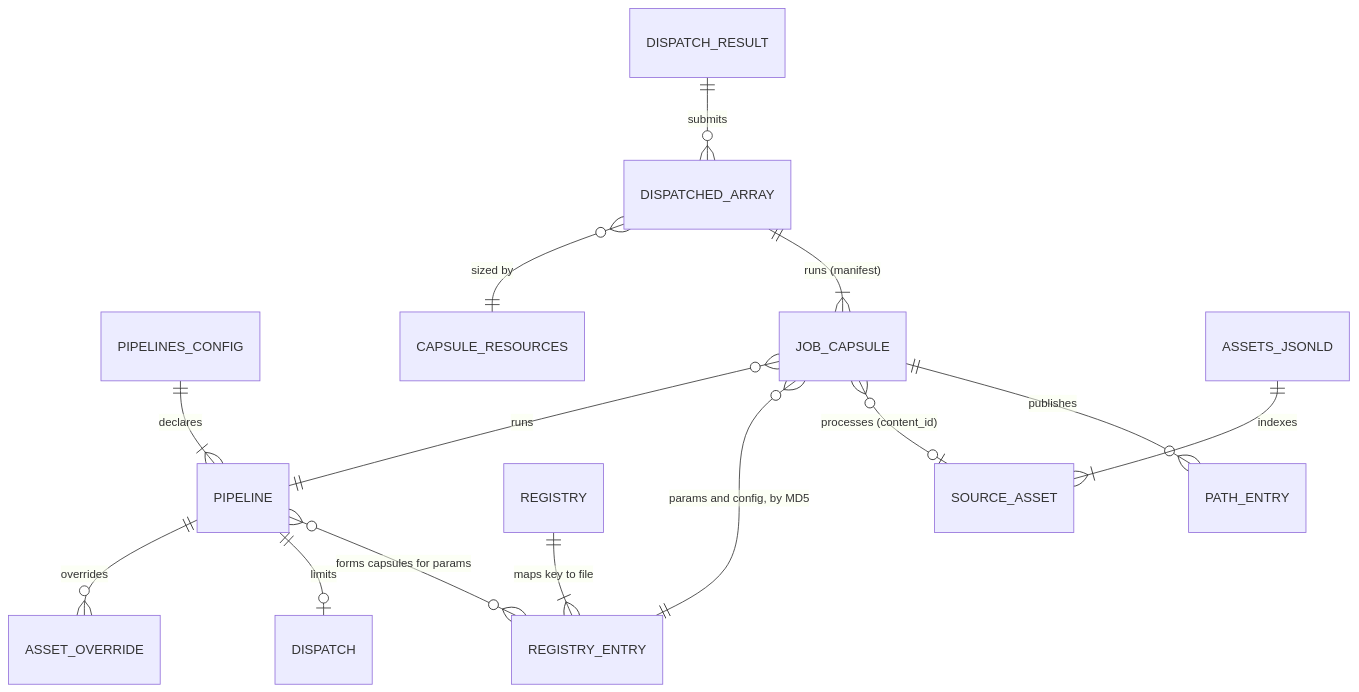
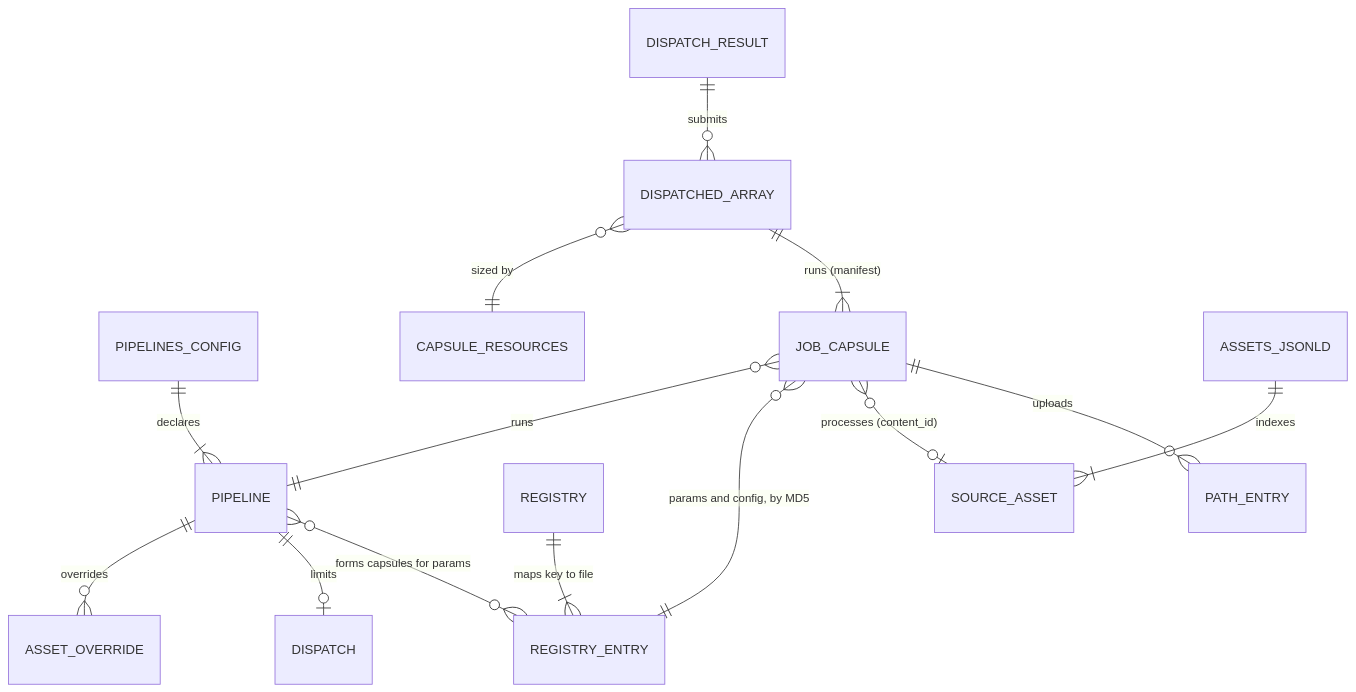
One commit to dandi-compute/dandi-compute-core changed the first of 5 diagrams in docs/data_model.md. Above: the diagram before and after it, drawn with Mermaid. The commit also changed other lines of this file and 7 other files, not shown here.

````diff
--- a/docs/data_model.md
+++ b/docs/data_model.md
@@ -7,16 +7,16 @@
 ```mermaid
 erDiagram
     PIPELINES_CONFIG ||--|{ PIPELINE : "declares"
     PIPELINE ||--o{ ASSET_OVERRIDE : "overrides"
     PIPELINE ||--o| DISPATCH : "limits"
     PIPELINE }o--o{ REGISTRY_ENTRY : "forms capsules for params"
     REGISTRY ||--|{ REGISTRY_ENTRY : "maps key to file"
     JOB_CAPSULE }o--|| PIPELINE : "runs"
     JOB_CAPSULE }o--|| REGISTRY_ENTRY : "params and config, by MD5"
     JOB_CAPSULE }o--o| SOURCE_ASSET : "processes (content_id)"
-    JOB_CAPSULE ||--o{ PATH_ENTRY : "publishes"
+    JOB_CAPSULE ||--o{ PATH_ENTRY : "uploads"
     DISPATCH_RESULT ||--o{ DISPATCHED_ARRAY : "submits"
     DISPATCHED_ARRAY }o--|| CAPSULE_RESOURCES : "sized by"
     DISPATCHED_ARRAY ||--|{ JOB_CAPSULE : "runs (manifest)"
     ASSETS_JSONLD ||--|{ SOURCE_ASSET : "indexes"
 ```
````
